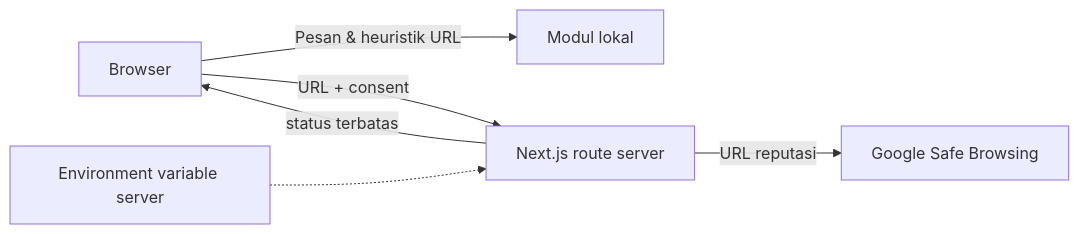
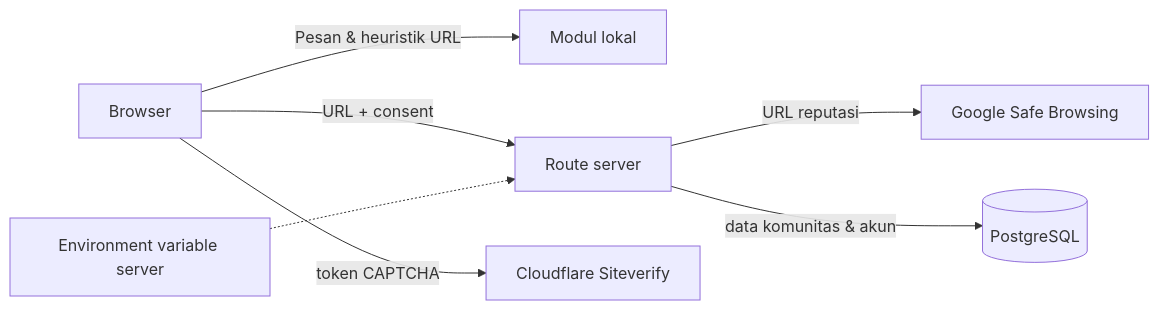
Before and after one commit to hissyam90/saring-app: the diagram in docs/SECURITY-AND-PRIVACY.md, drawn with Mermaid. The commit also changed other lines of this file and 79 other files, not shown here.

First line of the commit message:
feat: add accounts, community, article library and PostgreSQL persistence

````diff
--- a/docs/SECURITY-AND-PRIVACY.md
+++ b/docs/SECURITY-AND-PRIVACY.md
@@ -12,8 +15,9 @@
 ```mermaid
 flowchart LR
   B[Browser] -->|Pesan & heuristik URL| Local[Modul lokal]
-  B -->|URL + consent| S[Next.js route server]
+  B -->|URL + consent| S[Route server]
   S -->|URL reputasi| P[Google Safe Browsing]
+  B -->|token CAPTCHA| T[Cloudflare Siteverify]
+  S -->|data komunitas & akun| D[(PostgreSQL)]
   Env[Environment variable server] -.-> S
-  S -->|status terbatas| B
 ```
````
